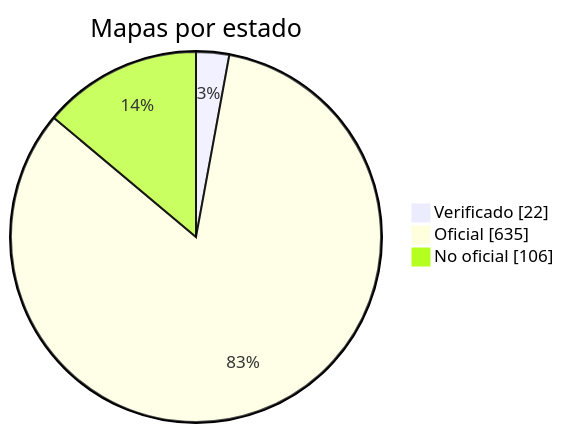
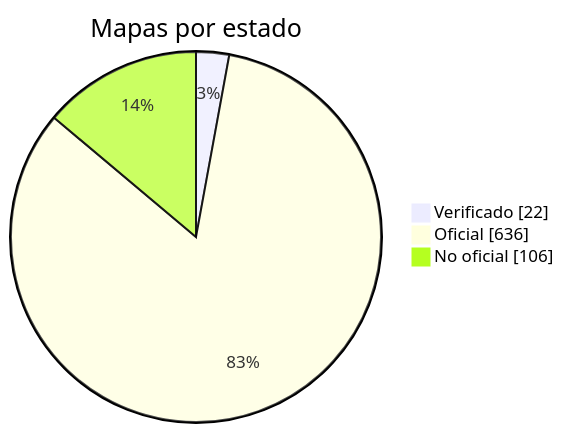
One commit to nobrega8/mbmap-library changed the diagram in docs/readme/README_ES.md. Above: the diagram before and after it, drawn with Mermaid. The commit also changed 6 other files, not shown here.

````diff
--- a/docs/readme/README_ES.md
+++ b/docs/readme/README_ES.md
@@ -54,7 +54,7 @@
 ```mermaid
 pie showData
     title Mapas por estado
     "Verificado" : 22
-    "Oficial" : 635
+    "Oficial" : 636
     "No oficial" : 106
 ```
````
